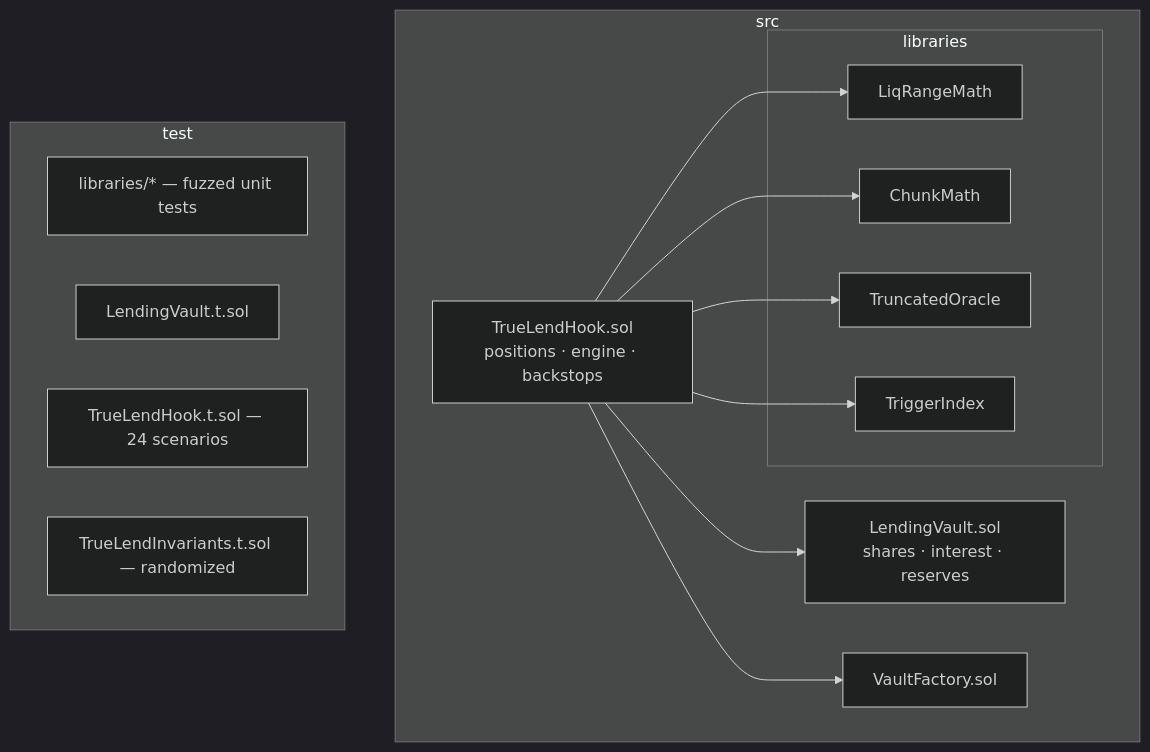
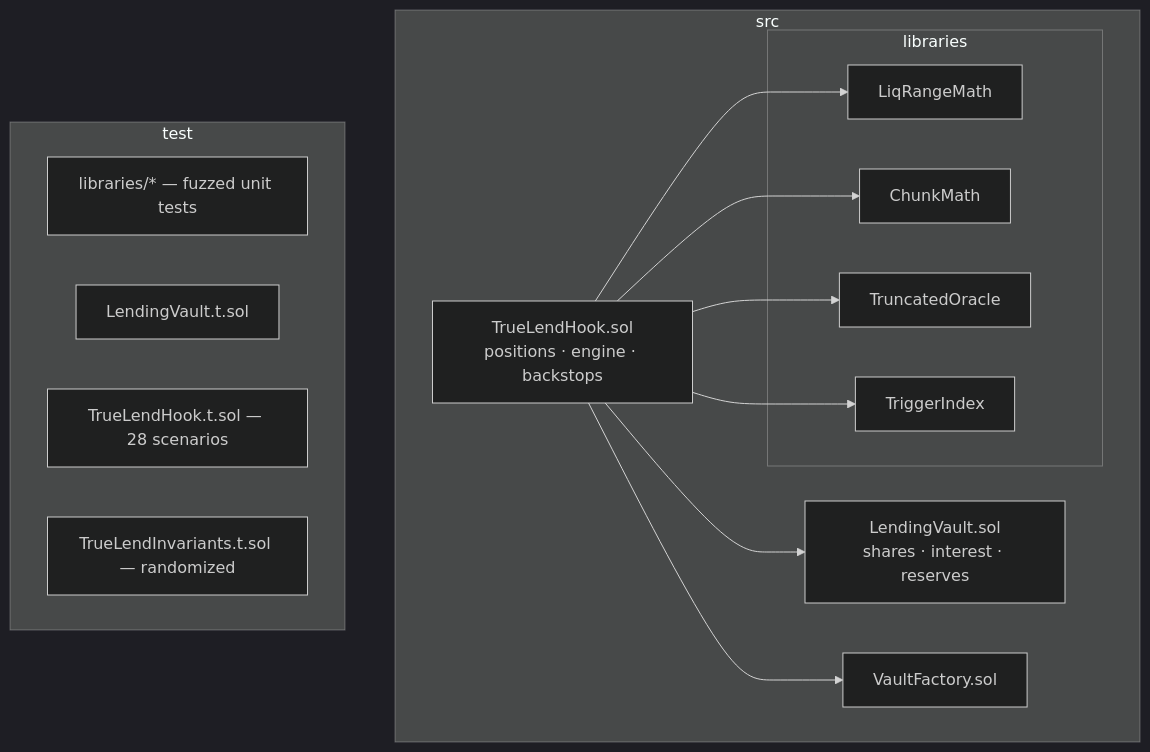
The third of 5 diagrams in DESIGN.md (queenleoa/TrueLend), drawn with Mermaid (dark theme) before and after one commit. The commit also changed other lines of this file and 52 other files, not shown here.

````diff
--- a/DESIGN.md
+++ b/DESIGN.md
@@ -133,22 +133,22 @@
 ```mermaid
 flowchart TB
     subgraph src
         HOOK["TrueLendHook.sol<br/>positions · engine · backstops"]
         VAULT["LendingVault.sol<br/>shares · interest · reserves"]
         FACT["VaultFactory.sol"]
         subgraph libraries
             LRM["LiqRangeMath"]
             CM["ChunkMath"]
             TO["TruncatedOracle"]
             TI["TriggerIndex"]
         end
     end
     subgraph test
         T1["libraries/* — fuzzed unit tests"]
         T2["LendingVault.t.sol"]
-        T3["TrueLendHook.t.sol — 24 scenarios"]
+        T3["TrueLendHook.t.sol — 28 scenarios"]
         T4["TrueLendInvariants.t.sol — randomized"]
     end
     HOOK --> VAULT & LRM & CM & TO & TI
     HOOK --> FACT
 ```
````
